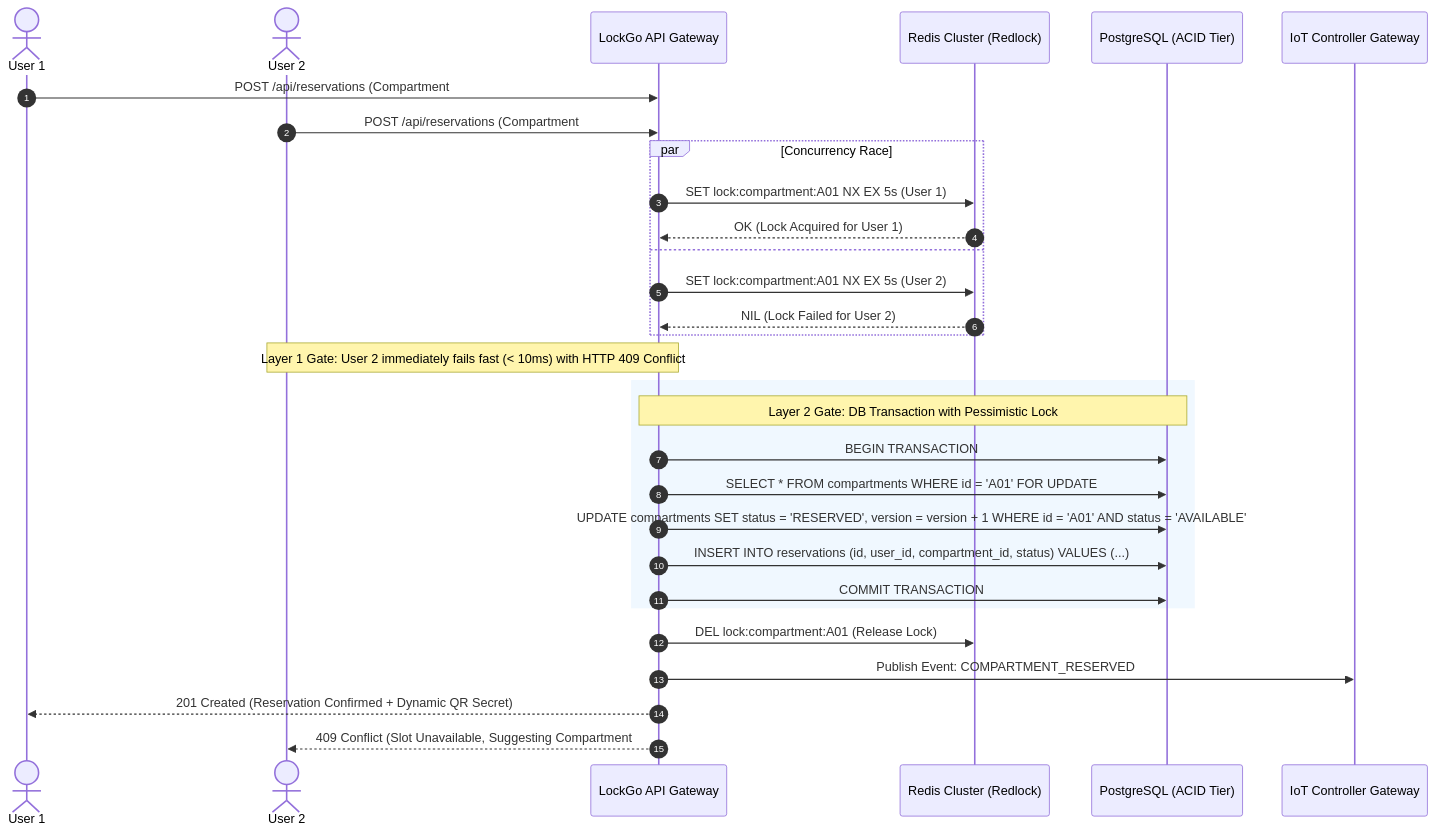
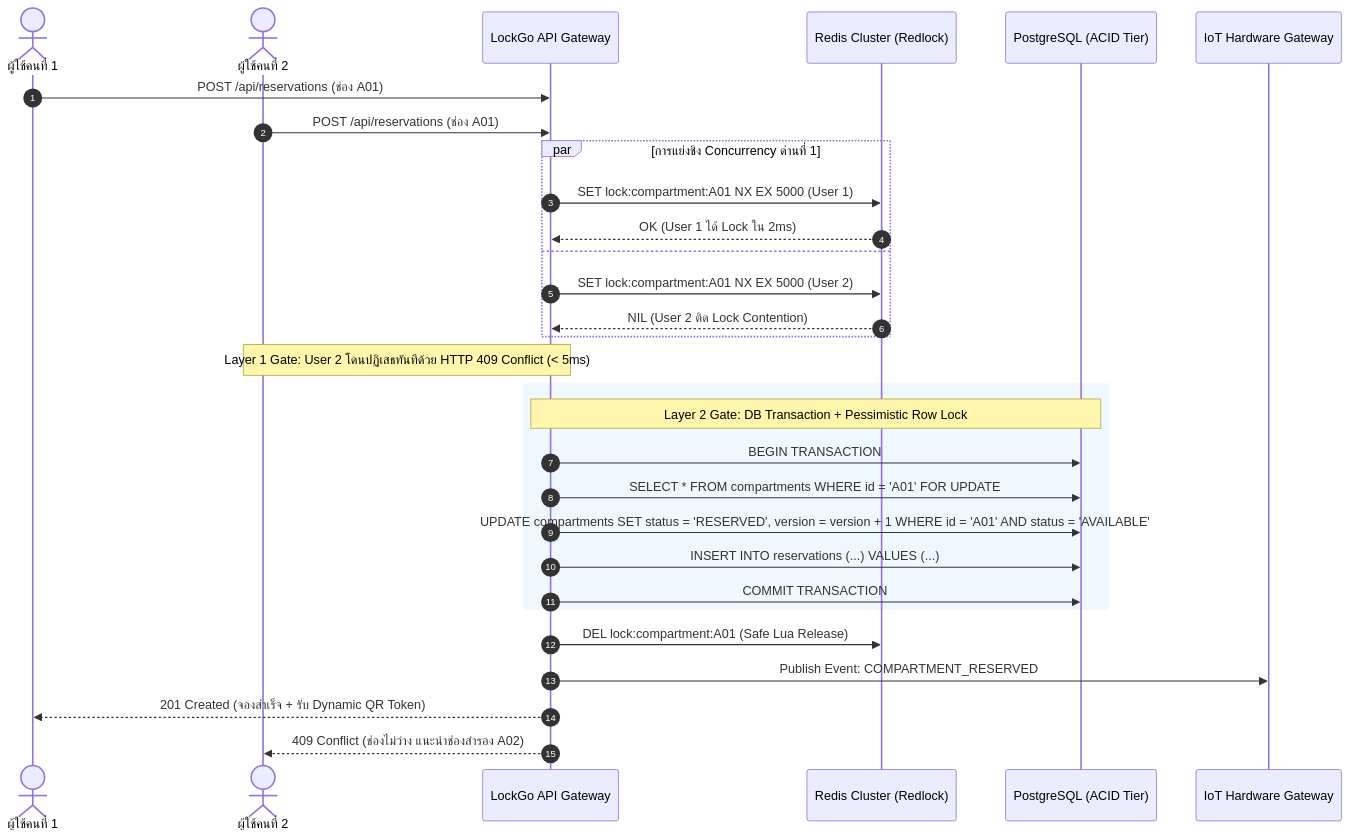
Before and after one commit to napaporn-s/lockgo-platform: the fourth of 6 diagrams in docs/02_SYSTEM_ARCHITECTURE.md, drawn with Mermaid. The commit also changed other lines of this file and 15 other files, not shown here.

````diff
--- a/docs/02_SYSTEM_ARCHITECTURE.md
+++ b/docs/02_SYSTEM_ARCHITECTURE.md
@@ -281,37 +296,37 @@
 ```mermaid
 sequenceDiagram
     autonumber
-    actor UserA as User 1
-    actor UserB as User 2
+    actor User1 as ผู้ใช้คนที่ 1
+    actor User2 as ผู้ใช้คนที่ 2
     participant API as LockGo API Gateway
     participant Redis as Redis Cluster (Redlock)
     participant DB as PostgreSQL (ACID Tier)
-    participant MQTT as IoT Controller Gateway
+    participant MQTT as IoT Hardware Gateway
 
-    UserA->>API: POST /api/reservations (Compartment #A01)
-    UserB->>API: POST /api/reservations (Compartment #A01)
+    User1->>API: POST /api/reservations (ช่อง A01)
+    User2->>API: POST /api/reservations (ช่อง A01)
 
-    par Concurrency Race
-        API->>Redis: SET lock:compartment:A01 NX EX 5s (User 1)
-        Redis-->>API: OK (Lock Acquired for User 1)
+    par การแย่งชิง Concurrency ด่านที่ 1
+        API->>Redis: SET lock:compartment:A01 NX EX 5000 (User 1)
+        Redis-->>API: OK (User 1 ได้ Lock ใน 2ms)
     and
-        API->>Redis: SET lock:compartment:A01 NX EX 5s (User 2)
-        Redis-->>API: NIL (Lock Failed for User 2)
+        API->>Redis: SET lock:compartment:A01 NX EX 5000 (User 2)
+        Redis-->>API: NIL (User 2 ติด Lock Contention)
     end
 
-    Note over API,UserB: Layer 1 Gate: User 2 immediately fails fast (< 10ms) with HTTP 409 Conflict
+    Note over API,User2: Layer 1 Gate: User 2 โดนปฏิเสธทันทีด้วย HTTP 409 Conflict (< 5ms)
 
     rect rgb(240, 248, 255)
-        Note over API,DB: Layer 2 Gate: DB Transaction with Pessimistic Lock
+        Note over API,DB: Layer 2 Gate: DB Transaction + Pessimistic Row Lock
         API->>DB: BEGIN TRANSACTION
         API->>DB: SELECT * FROM compartments WHERE id = 'A01' FOR UPDATE
         API->>DB: UPDATE compartments SET status = 'RESERVED', version = version + 1 WHERE id = 'A01' AND status = 'AVAILABLE'
-        API->>DB: INSERT INTO reservations (id, user_id, compartment_id, status) VALUES (...)
+        API->>DB: INSERT INTO reservations (...) VALUES (...)
         API->>DB: COMMIT TRANSACTION
     end
 
-    API->>Redis: DEL lock:compartment:A01 (Release Lock)
+    API->>Redis: DEL lock:compartment:A01 (Safe Lua Release)
     API->>MQTT: Publish Event: COMPARTMENT_RESERVED
-    API-->>UserA: 201 Created (Reservation Confirmed + Dynamic QR Secret)
-    API-->>UserB: 409 Conflict (Slot Unavailable, Suggesting Compartment #A02)
+    API-->>User1: 201 Created (จองสำเร็จ + รับ Dynamic QR Token)
+    API-->>User2: 409 Conflict (ช่องไม่ว่าง แนะนำช่องสำรอง A02)
 ```
````
